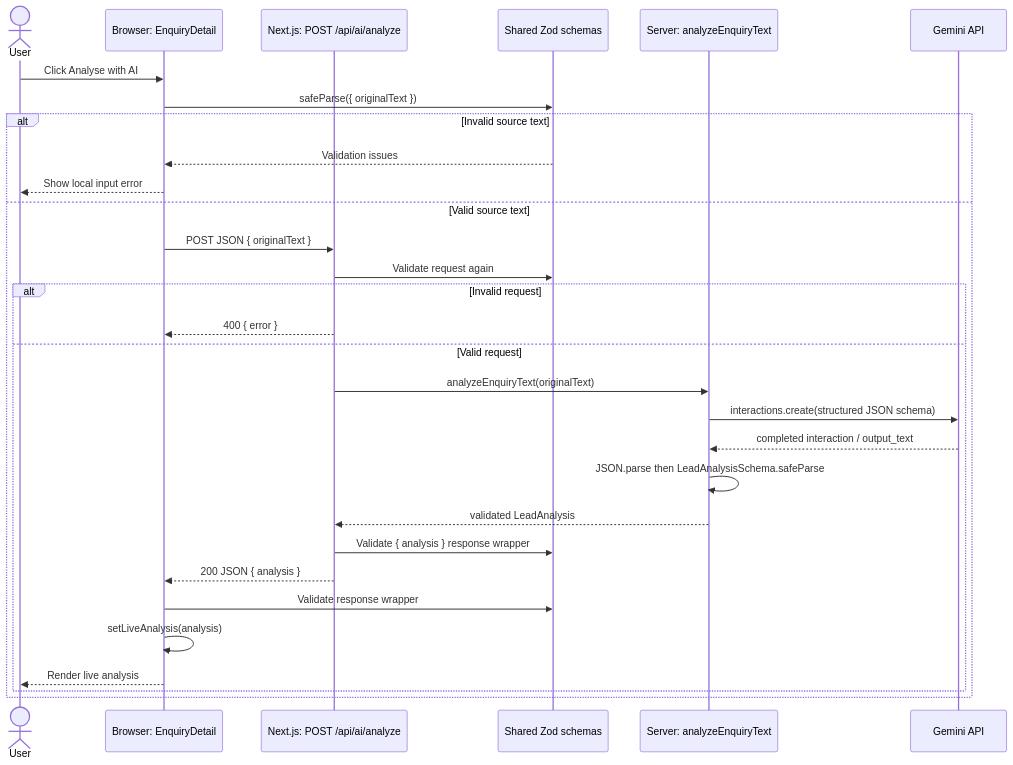
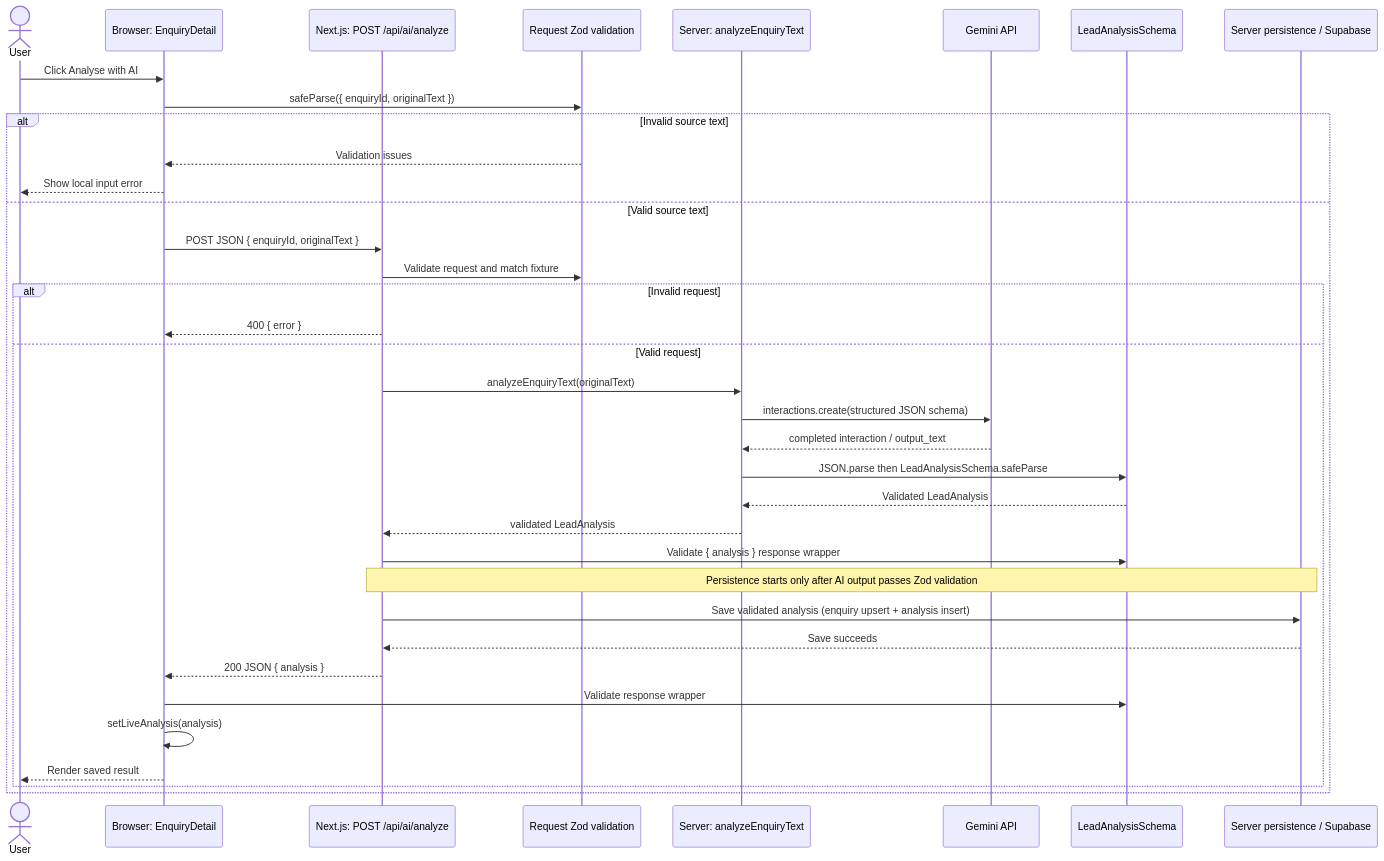
The second of 2 diagrams in ARCHITECTURE_WALKTHROUGH.md (nthnmillar/morrow-ai-lead), drawn with Mermaid before and after one commit. The commit also changed other lines of this file and 1 other file, not shown here.

Commit message:
Update architecture docs for persistence

````diff
--- a/ARCHITECTURE_WALKTHROUGH.md
+++ b/ARCHITECTURE_WALKTHROUGH.md
@@ -98,33 +91,39 @@
 ```mermaid
 sequenceDiagram
   actor User
   participant UI as Browser: EnquiryDetail
   participant API as Next.js: POST /api/ai/analyze
-  participant Zod as Shared Zod schemas
+  participant Request as Request Zod validation
   participant Provider as Server: analyzeEnquiryText
   participant Gemini as Gemini API
+  participant Output as LeadAnalysisSchema
+  participant DB as Server persistence / Supabase
 
   User->>UI: Click Analyse with AI
-  UI->>Zod: safeParse({ originalText })
+  UI->>Request: safeParse({ enquiryId, originalText })
   alt Invalid source text
-    Zod-->>UI: Validation issues
+    Request-->>UI: Validation issues
     UI-->>User: Show local input error
   else Valid source text
-    UI->>API: POST JSON { originalText }
-    API->>Zod: Validate request again
+    UI->>API: POST JSON { enquiryId, originalText }
+    API->>Request: Validate request and match fixture
     alt Invalid request
       API-->>UI: 400 { error }
     else Valid request
       API->>Provider: analyzeEnquiryText(originalText)
       Provider->>Gemini: interactions.create(structured JSON schema)
       Gemini-->>Provider: completed interaction / output_text
-      Provider->>Provider: JSON.parse then LeadAnalysisSchema.safeParse
+      Provider->>Output: JSON.parse then LeadAnalysisSchema.safeParse
+      Output-->>Provider: Validated LeadAnalysis
       Provider-->>API: validated LeadAnalysis
-      API->>Zod: Validate { analysis } response wrapper
+      API->>Output: Validate { analysis } response wrapper
+      Note over API,DB: Persistence starts only after AI output passes Zod validation
+      API->>DB: Save validated analysis (enquiry upsert + analysis insert)
+      DB-->>API: Save succeeds
       API-->>UI: 200 JSON { analysis }
-      UI->>Zod: Validate response wrapper
+      UI->>Output: Validate response wrapper
       UI->>UI: setLiveAnalysis(analysis)
-      UI-->>User: Render live analysis
+      UI-->>User: Render saved result
     end
   end
 ```
````
